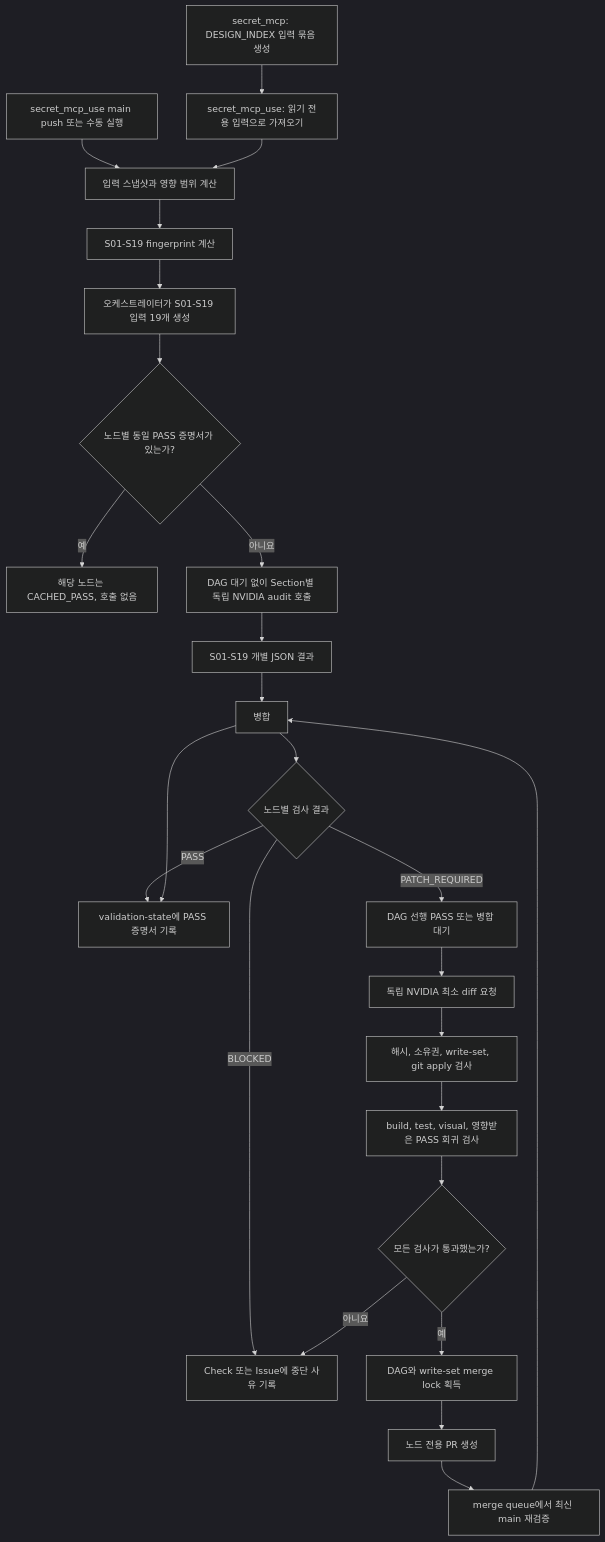
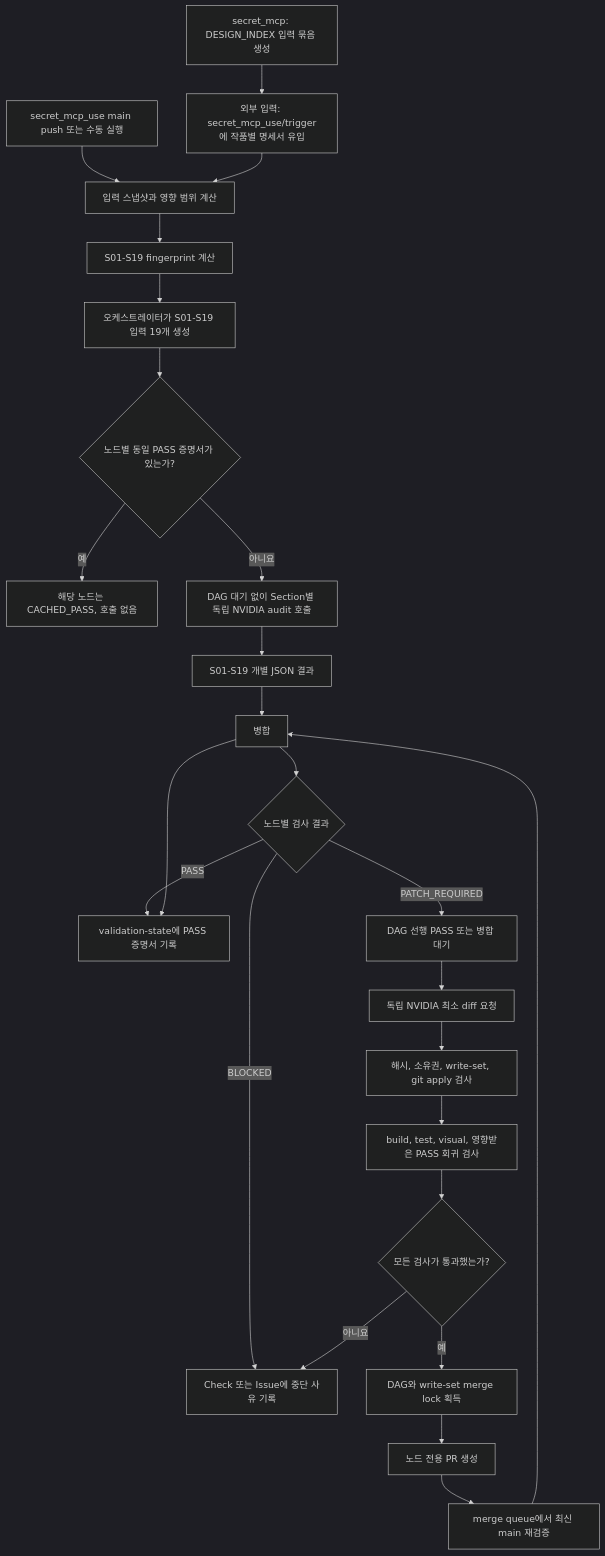
The diagram in IDEA_VALIDATION_AND_PR_PIPELINE.ko.md (yyeongjin/secret_mcp_use), drawn with Mermaid (dark theme) before and after one commit. The commit also changed other lines of this file, not shown here.

Commit message:
docs: make trigger specifications immutable inputs

````diff
--- a/IDEA_VALIDATION_AND_PR_PIPELINE.ko.md
+++ b/IDEA_VALIDATION_AND_PR_PIPELINE.ko.md
@@ -90,27 +233,27 @@
 ```mermaid
 flowchart TD
-    Producer["secret_mcp: DESIGN_INDEX 입력 묶음 생성"] --> Import["secret_mcp_use: 읽기 전용 입력으로 가져오기"]
+    Producer["secret_mcp: DESIGN_INDEX 입력 묶음 생성"] --> Trigger["외부 입력: secret_mcp_use/trigger에 작품별 명세서 유입"]
     Push["secret_mcp_use main push 또는 수동 실행"] --> Snapshot["입력 스냅샷과 영향 범위 계산"]
-    Import --> Snapshot
+    Trigger --> Snapshot
     Snapshot --> Fingerprint["S01-S19 fingerprint 계산"]
     Fingerprint --> Fanout["오케스트레이터가 S01-S19 입력 19개 생성"]
     Fanout --> Cache{"노드별 동일 PASS 증명서가 있는가?"}
     Cache -->|예| Cached["해당 노드는 CACHED_PASS, 호출 없음"]
     Cache -->|아니요| Audit["DAG 대기 없이 Section별 독립 NVIDIA audit 호출"]
     Audit --> Results["S01-S19 개별 JSON 결과"]
     Results --> Merge["코드가 schema 검증, 정렬, 중복 제거 후 병합"]
     Merge --> Verdict{"노드별 검사 결과"}
     Verdict -->|PASS| Attest["validation-state에 PASS 증명서 기록"]
     Verdict -->|BLOCKED| Check["Check 또는 Issue에 중단 사유 기록"]
     Verdict -->|PATCH_REQUIRED| DependencyGate["DAG 선행 PASS 또는 병합 대기"]
     DependencyGate --> Patch["독립 NVIDIA 최소 diff 요청"]
     Patch --> Guard["해시, 소유권, write-set, git apply 검사"]
     Guard --> Verify["build, test, visual, 영향받은 PASS 회귀 검사"]
     Verify --> Safe{"모든 검사가 통과했는가?"}
     Safe -->|아니요| Check
     Safe -->|예| Lock["DAG와 write-set merge lock 획득"]
     Lock --> PR["노드 전용 PR 생성"]
     PR --> Queue["merge queue에서 최신 main 재검증"]
     Queue --> Merge["병합"]
     Merge --> Attest
 ```
````
